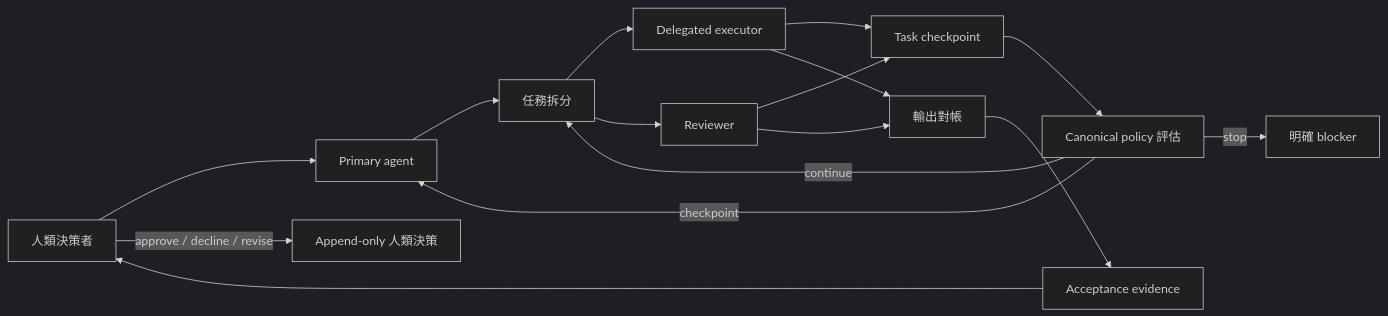
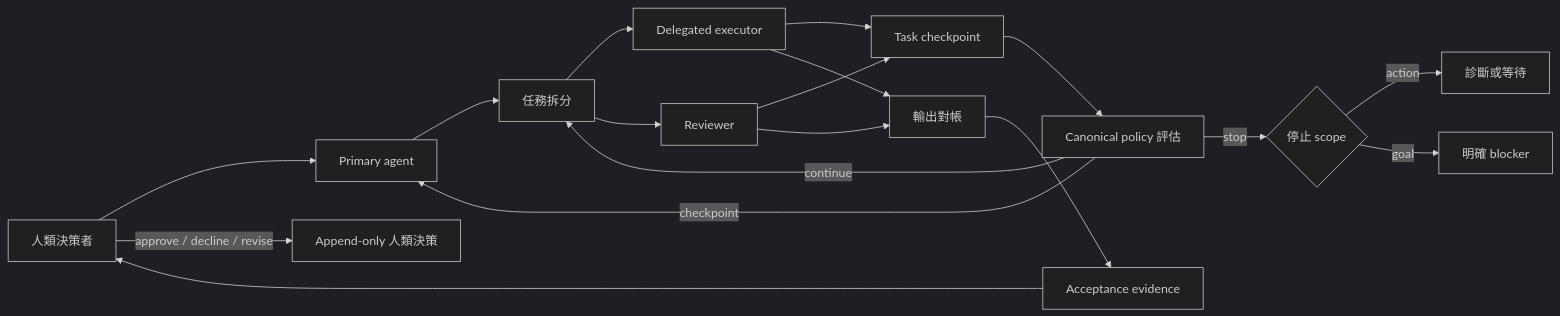
The diagram in README.zh-TW.md (WenyuChiou/agent-collab-skills), drawn with Mermaid (dark theme) before and after one commit. The commit also changed other lines of this file and 30 other files, not shown here.

````diff
--- a/README.zh-TW.md
+++ b/README.zh-TW.md
@@ -16,18 +16,20 @@
 ```mermaid
 flowchart LR
     H[人類決策者] --> P[Primary agent]
     P --> S[任務拆分]
     S --> E[Delegated executor]
     S --> R[Reviewer]
     E --> C[Task checkpoint]
     R --> C
     C --> Y[Canonical policy 評估]
     Y -->|continue| S
     Y -->|checkpoint| P
-    Y -->|stop| B[明確 blocker]
+    Y -->|stop| Q{停止 scope}
+    Q -->|action| X[診斷或等待]
+    Q -->|goal| B[明確 blocker]
     E --> O[輸出對帳]
     R --> O
     O --> A[Acceptance evidence]
     A --> H
     H -->|approve / decline / revise| D[Append-only 人類決策]
 ```
````
